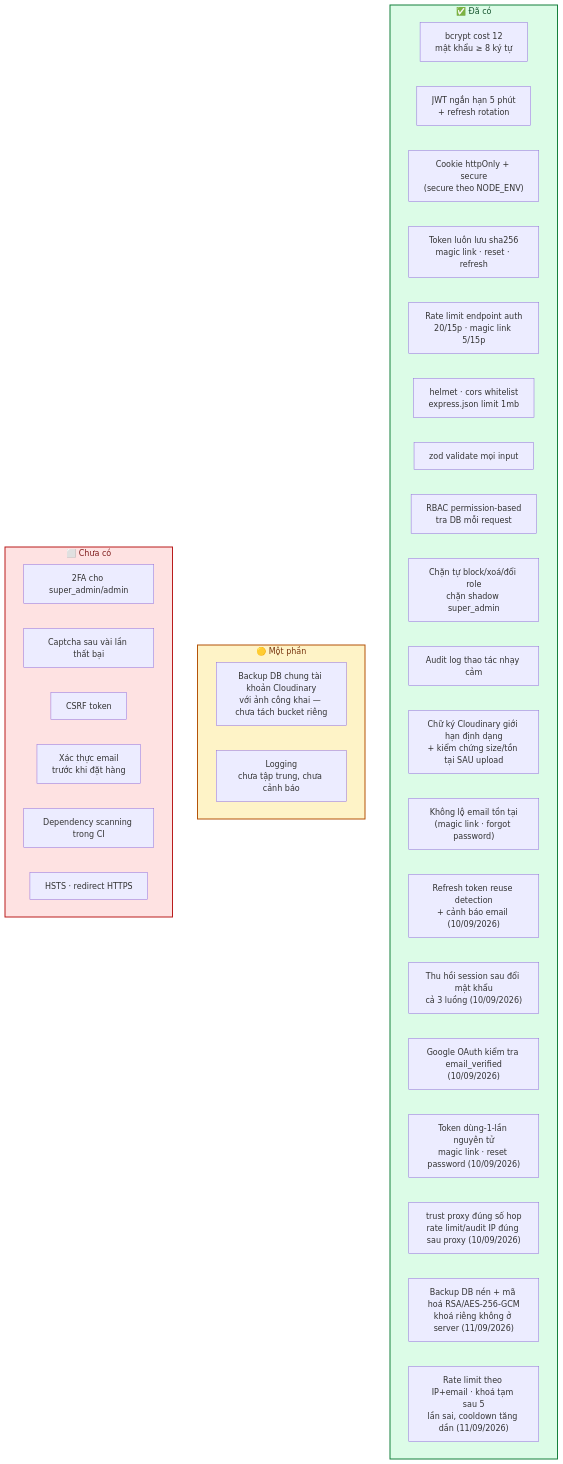
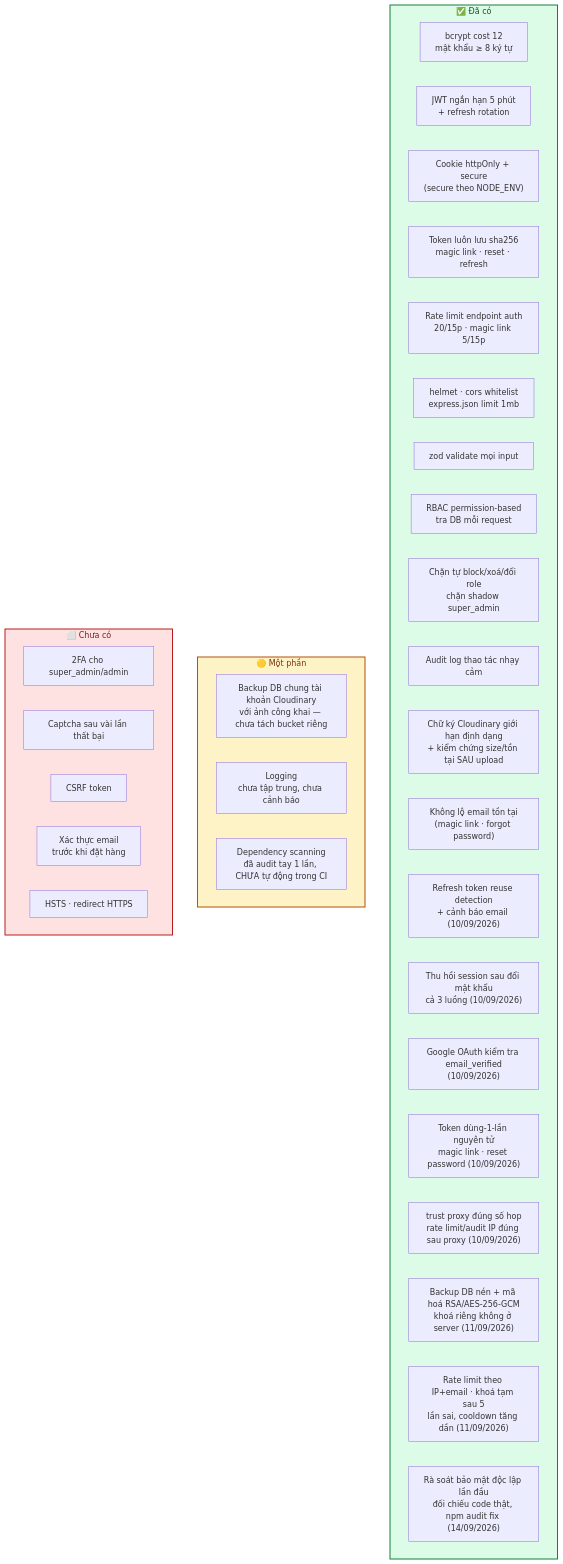
One commit to Hungvu0712/FLOWER changed the diagram in docs/07-bao-mat.md. Above: the diagram before and after it, drawn with Mermaid. The commit also changed other lines of this file and 3 other files, not shown here.

````diff
--- a/docs/07-bao-mat.md
+++ b/docs/07-bao-mat.md
@@ -13,42 +13,43 @@
 ```mermaid
 flowchart TB
     subgraph DONE["✅ Đã có"]
         D1["bcrypt cost 12<br/>mật khẩu ≥ 8 ký tự"]
         D2["JWT ngắn hạn 5 phút<br/>+ refresh rotation"]
         D3["Cookie httpOnly + secure<br/>(secure theo NODE_ENV)"]
         D4["Token luôn lưu sha256<br/>magic link · reset · refresh"]
         D5["Rate limit endpoint auth<br/>20/15p · magic link 5/15p"]
         D6["helmet · cors whitelist<br/>express.json limit 1mb"]
         D7["zod validate mọi input"]
         D8["RBAC permission-based<br/>tra DB mỗi request"]
         D9["Chặn tự block/xoá/đổi role<br/>chặn shadow super_admin"]
         D10["Audit log thao tác nhạy cảm"]
         D11["Chữ ký Cloudinary giới hạn định dạng<br/>+ kiểm chứng size/tồn tại SAU upload"]
         D12["Không lộ email tồn tại<br/>(magic link · forgot password)"]
         D13["Refresh token reuse detection<br/>+ cảnh báo email (10/09/2026)"]
         D14["Thu hồi session sau đổi mật khẩu<br/>cả 3 luồng (10/09/2026)"]
         D15["Google OAuth kiểm tra email_verified<br/>(10/09/2026)"]
         D16["Token dùng-1-lần nguyên tử<br/>magic link · reset password (10/09/2026)"]
         D17["trust proxy đúng số hop<br/>rate limit/audit IP đúng sau proxy (10/09/2026)"]
         D18["Backup DB nén + mã hoá RSA/AES-256-GCM<br/>khoá riêng không ở server (11/09/2026)"]
         D19["Rate limit theo IP+email · khoá tạm sau 5<br/>lần sai, cooldown tăng dần (11/09/2026)"]
+        D20["Rà soát bảo mật độc lập lần đầu<br/>đối chiếu code thật, npm audit fix (14/09/2026)"]
     end
 
     subgraph PARTIAL["🟡 Một phần"]
         P1["Backup DB chung tài khoản Cloudinary<br/>với ảnh công khai — chưa tách bucket riêng"]
         P2["Logging<br/>chưa tập trung, chưa cảnh báo"]
+        P3["Dependency scanning<br/>đã audit tay 1 lần, CHƯA tự động trong CI"]
     end
 
     subgraph TODO["⬜ Chưa có"]
         T1["2FA cho super_admin/admin"]
         T2["Captcha sau vài lần thất bại"]
         T3["CSRF token"]
         T5["Xác thực email<br/>trước khi đặt hàng"]
-        T6["Dependency scanning trong CI"]
         T7["HSTS · redirect HTTPS"]
     end
 
     style DONE fill:#dcfce7,stroke:#15803d,stroke-width:2px,color:#14532d
     style PARTIAL fill:#fef3c7,stroke:#b45309,stroke-width:2px,color:#78350f
     style TODO fill:#fee2e2,stroke:#b91c1c,stroke-width:2px,color:#7f1d1d
 ```
````
